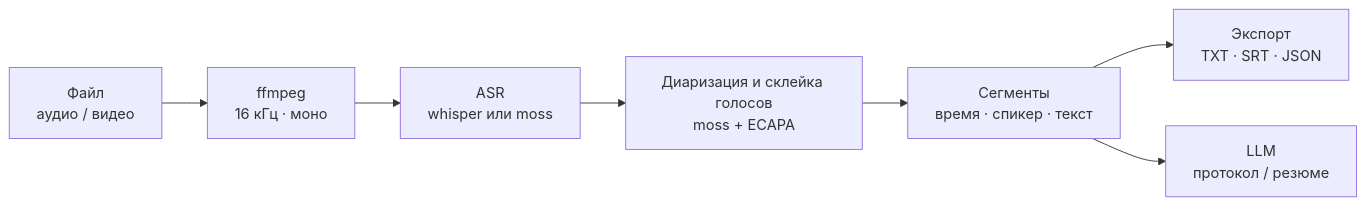
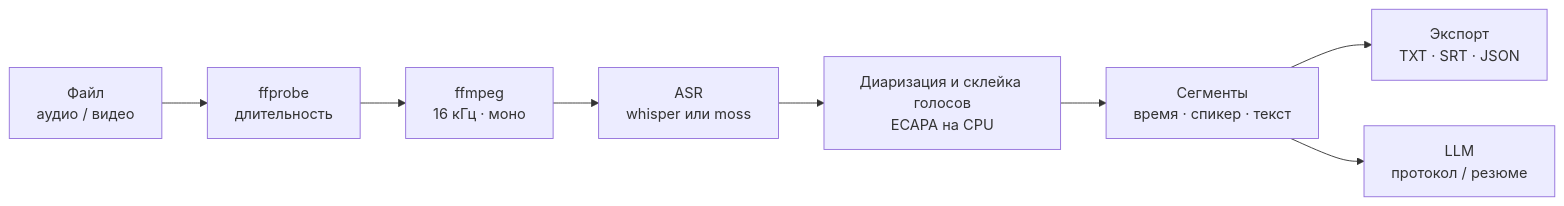
One commit to mbiuib/Stenograph changed the second of 3 diagrams in README.md. Above: the diagram before and after it, drawn with Mermaid. The commit also changed other lines of this file and 5 other files, not shown here.

````diff
--- a/README.md
+++ b/README.md
@@ -77,9 +83,10 @@
 ```mermaid
 flowchart LR
-    src["Файл<br/>аудио / видео"] --> ffmpeg["ffmpeg<br/>16 кГц · моно"]
-    ffmpeg --> asr["ASR<br/>whisper или moss"]
-    asr --> dia["Диаризация и склейка голосов<br/>moss + ECAPA"]
+    src["Файл<br/>аудио / видео"] --> probe["ffprobe<br/>длительность"]
+    probe --> ffmpeg["ffmpeg<br/>16 кГц · моно"]
+    ffmpeg --> asr2["ASR<br/>whisper или moss"]
+    asr2 --> dia["Диаризация и склейка голосов<br/>ECAPA на CPU"]
     dia --> seg["Сегменты<br/>время · спикер · текст"]
     seg --> out["Экспорт<br/>TXT · SRT · JSON"]
     seg --> llm2["LLM<br/>протокол / резюме"]
 ```
````
